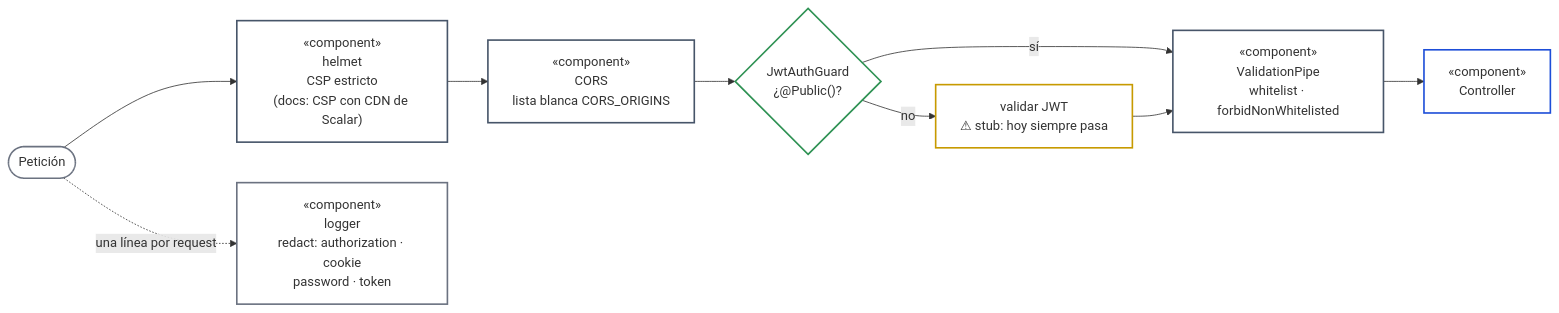
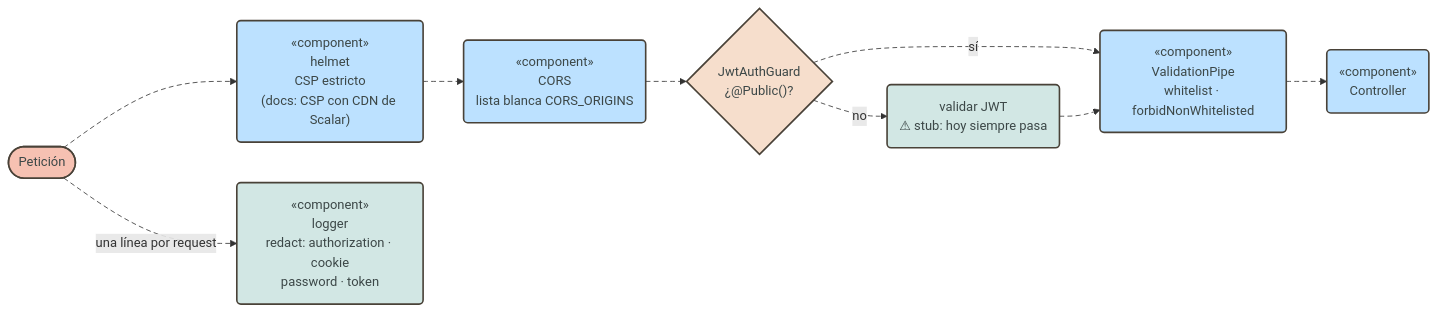
Diagram 15 of 19 in docs/architecture.md (pcarroza91/nest-template), drawn with Mermaid before and after one commit. The commit also changed other lines of this file and 2 other files, not shown here.

First line of the commit message:
docs(architecture): aplica el estilo pastel por rol a los diagramas Mermaid

````diff
--- a/docs/architecture.md
+++ b/docs/architecture.md
@@ -664,28 +645,27 @@
 ```mermaid
 flowchart LR
     IN(["Petición"])
-    H["«component»<br/>helmet<br/>CSP estricto<br/>(docs: CSP con CDN de Scalar)"]
-    C["«component»<br/>CORS<br/>lista blanca CORS_ORIGINS"]
+    H("«component»<br/>helmet<br/>CSP estricto<br/>(docs: CSP con CDN de Scalar)")
+    C("«component»<br/>CORS<br/>lista blanca CORS_ORIGINS")
     G{"JwtAuthGuard<br/>¿@Public()?"}
-    GJ["validar JWT<br/>⚠ stub: hoy siempre pasa"]
-    V["«component»<br/>ValidationPipe<br/>whitelist · forbidNonWhitelisted"]
-    CT["«component»<br/>Controller"]
-    L["«component»<br/>logger<br/>redact: authorization · cookie<br/>password · token"]
+    GJ("validar JWT<br/>⚠ stub: hoy siempre pasa")
+    V("«component»<br/>ValidationPipe<br/>whitelist · forbidNonWhitelisted")
+    CT("«component»<br/>Controller")
+    L("«component»<br/>logger<br/>redact: authorization · cookie<br/>password · token")
 
     IN --> H --> C --> G
     G -- "sí" --> V
     G -- "no" --> GJ --> V
     V --> CT
     IN -. "una línea por request" .-> L
 
-    classDef app fill:transparent,stroke:#475569,stroke-width:2px
-    classDef shared fill:transparent,stroke:#2f9254,stroke-width:2px
-    classDef warn fill:transparent,stroke:#c79a00,stroke-width:2px
-    classDef root fill:transparent,stroke:#1d4ed8,stroke-width:2px
-    classDef pure fill:transparent,stroke:#6b7280,stroke-width:2px
-    class H,C,V app
-    class G shared
-    class GJ warn
-    class CT root
-    class L,IN pure
+    classDef entry fill:#bce1ff,stroke:#494238,stroke-width:2px,color:#3c4747
+    classDef shared fill:#d2e7e4,stroke:#494238,stroke-width:2px,color:#3c4747
+    classDef ext fill:#f6c1b2,stroke:#494238,stroke-width:2px,color:#3c4747
+    class H,C,V,CT entry
+    class GJ,L shared
+    class IN ext
+    classDef decision fill:#f6decc,stroke:#494238,stroke-width:2px,color:#3c4747
+    class G decision
+    linkStyle default stroke-dasharray:6 4
 ```
````
